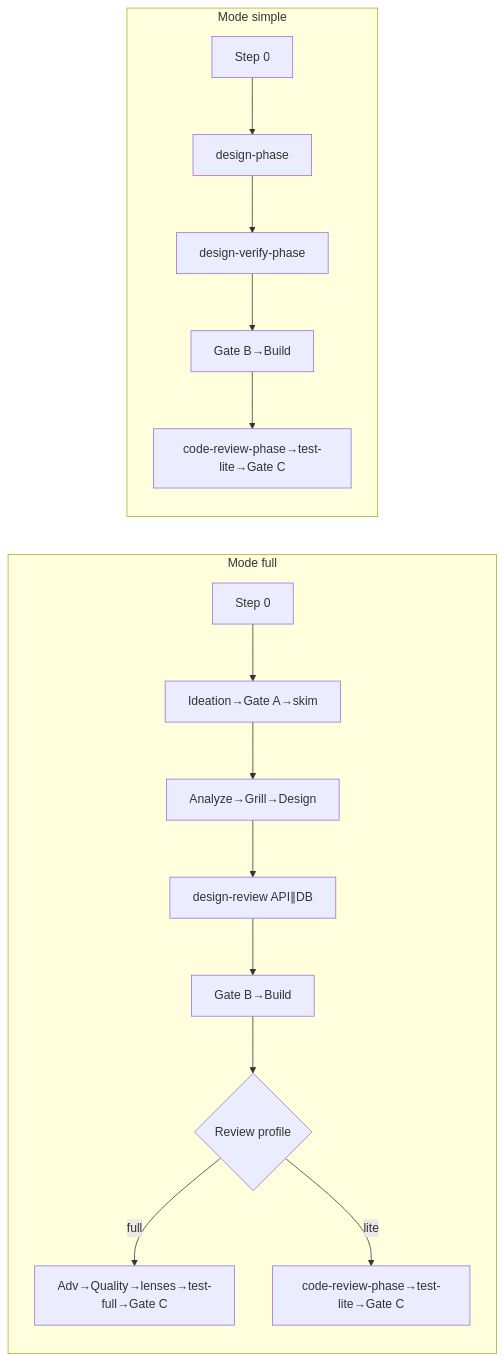
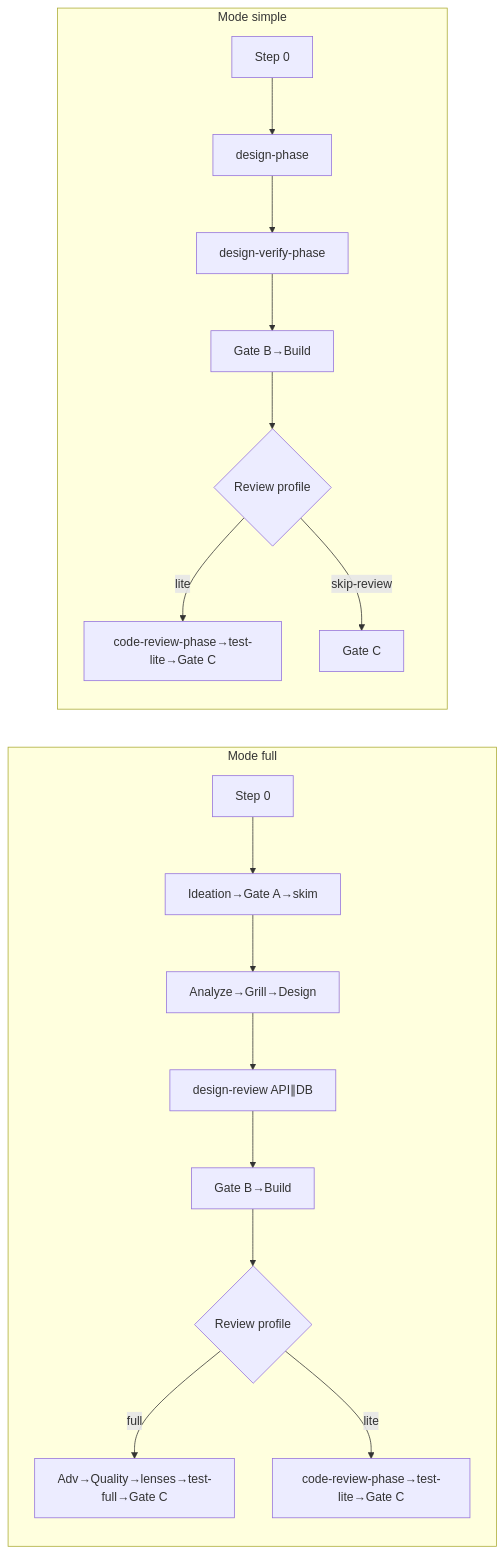
The diagram in AI/skills/my-dev-flow/stages.md (ezcafe/dotfiles), drawn with Mermaid before and after one commit. The commit also changed other lines of this file and 29 other files, not shown here.

````diff
--- a/AI/skills/my-dev-flow/stages.md
+++ b/AI/skills/my-dev-flow/stages.md
@@ -41,18 +41,20 @@
 ```mermaid
 flowchart LR
   subgraph full [Mode full]
     F0[Step 0] --> F1[Ideation→Gate A→skim]
     F1 --> F2[Analyze→Grill→Design]
     F2 --> F3[design-review API∥DB]
     F3 --> F4[Gate B→Build]
     F4 --> F5{Review profile}
     F5 -->|full| F6[Adv→Quality→lenses→test-full→Gate C]
     F5 -->|lite| F7[code-review-phase→test-lite→Gate C]
   end
   subgraph simple [Mode simple]
     S0[Step 0] --> S1[design-phase]
     S1 --> S2[design-verify-phase]
     S2 --> S3[Gate B→Build]
-    S3 --> S4[code-review-phase→test-lite→Gate C]
+    S3 --> S4{Review profile}
+    S4 -->|lite| S5[code-review-phase→test-lite→Gate C]
+    S4 -->|skip-review| S6[Gate C]
   end
 ```
````
